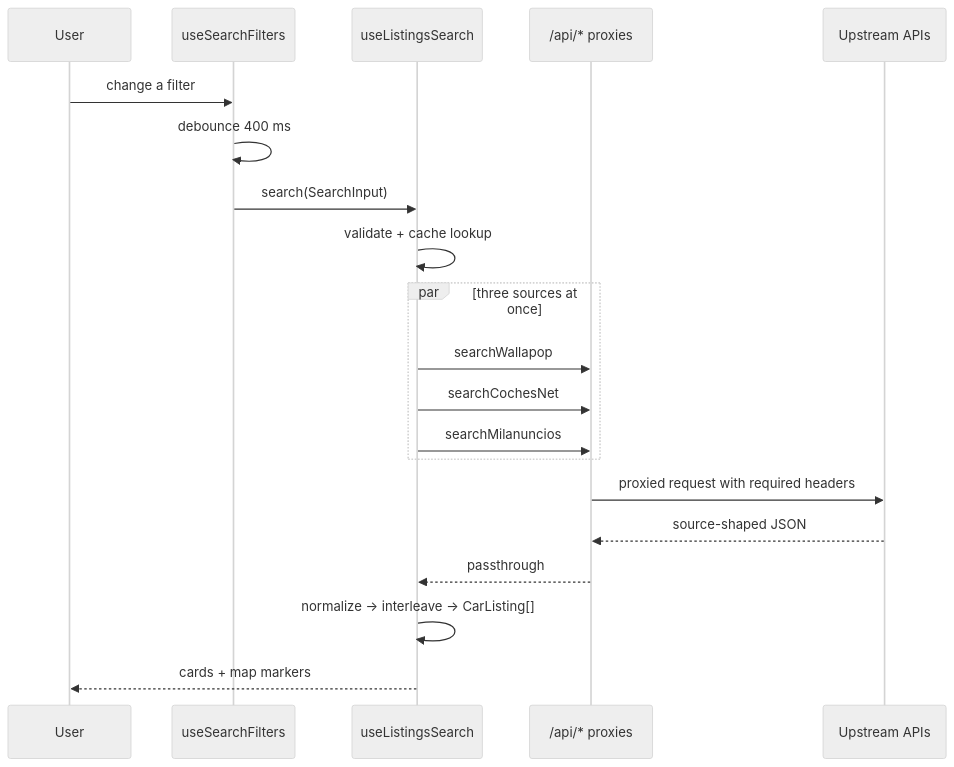
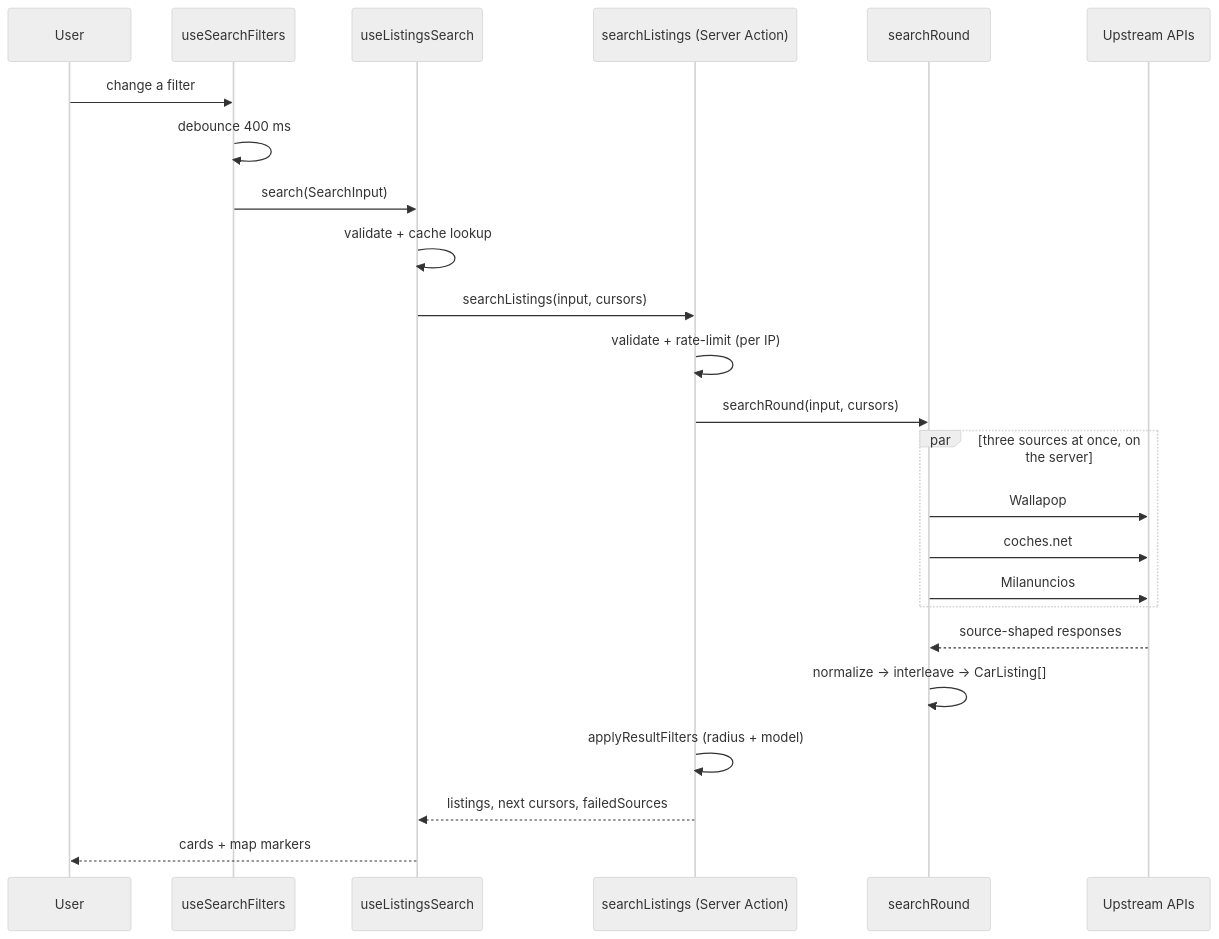
One commit to algusaem/buycarmap changed the second of 6 diagrams in docs/ARCHITECTURE.md. Above: the diagram before and after it, drawn with Mermaid (neutral theme). The commit also changed other lines of this file and 232 other files, not shown here.

First line of the commit message:
feat: move search to the server and adopt the core frontend stack (#58)

````diff
--- a/docs/ARCHITECTURE.md
+++ b/docs/ARCHITECTURE.md
@@ -45,23 +45,27 @@
 ```mermaid
 sequenceDiagram
     participant U as User
     participant F as useSearchFilters
     participant S as useListingsSearch
-    participant P as /api/* proxies
+    participant A as searchListings (Server Action)
+    participant R as searchRound
     participant X as Upstream APIs
 
     U->>F: change a filter
     F->>F: debounce 400 ms
     F->>S: search(SearchInput)
     S->>S: validate + cache lookup
-    par three sources at once
-        S->>P: searchWallapop
-        S->>P: searchCochesNet
-        S->>P: searchMilanuncios
+    S->>A: searchListings(input, cursors)
+    A->>A: validate + rate-limit (per IP)
+    A->>R: searchRound(input, cursors)
+    par three sources at once, on the server
+        R->>X: Wallapop
+        R->>X: coches.net
+        R->>X: Milanuncios
     end
-    P->>X: proxied request with required headers
-    X-->>P: source-shaped JSON
-    P-->>S: passthrough
-    S->>S: normalize → interleave → CarListing[]
+    X-->>R: source-shaped responses
+    R->>R: normalize → interleave → CarListing[]
+    A->>A: applyResultFilters (radius + model)
+    A-->>S: listings, next cursors, failedSources
     S-->>U: cards + map markers
 ```
````
